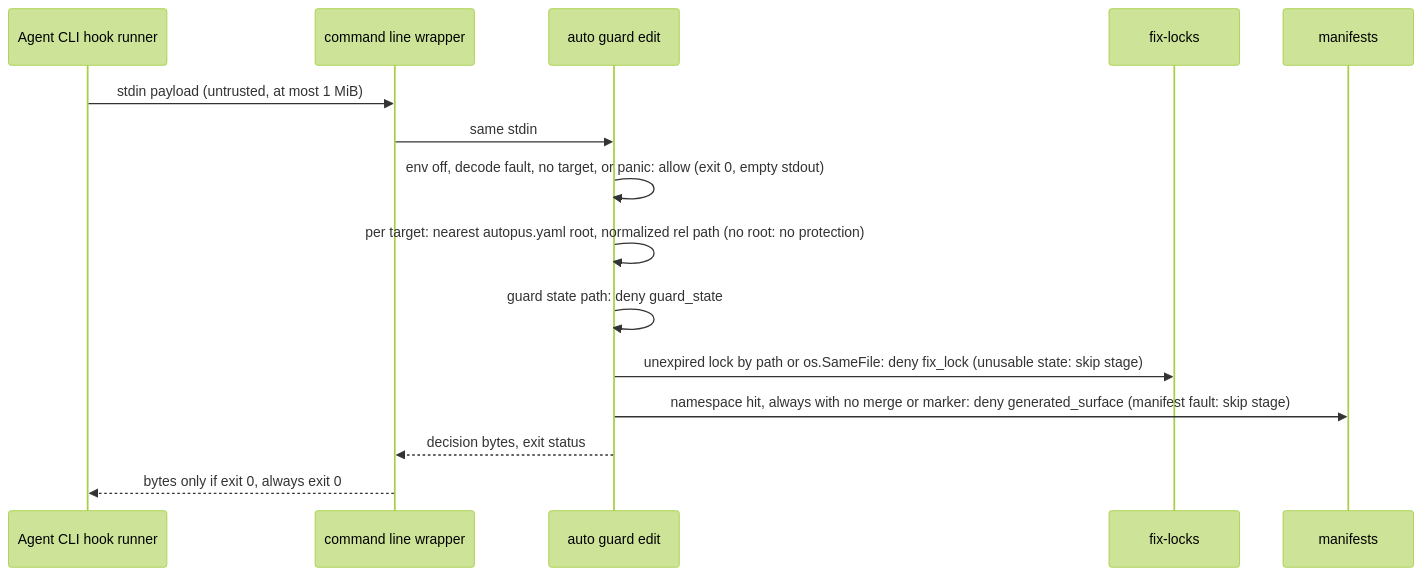
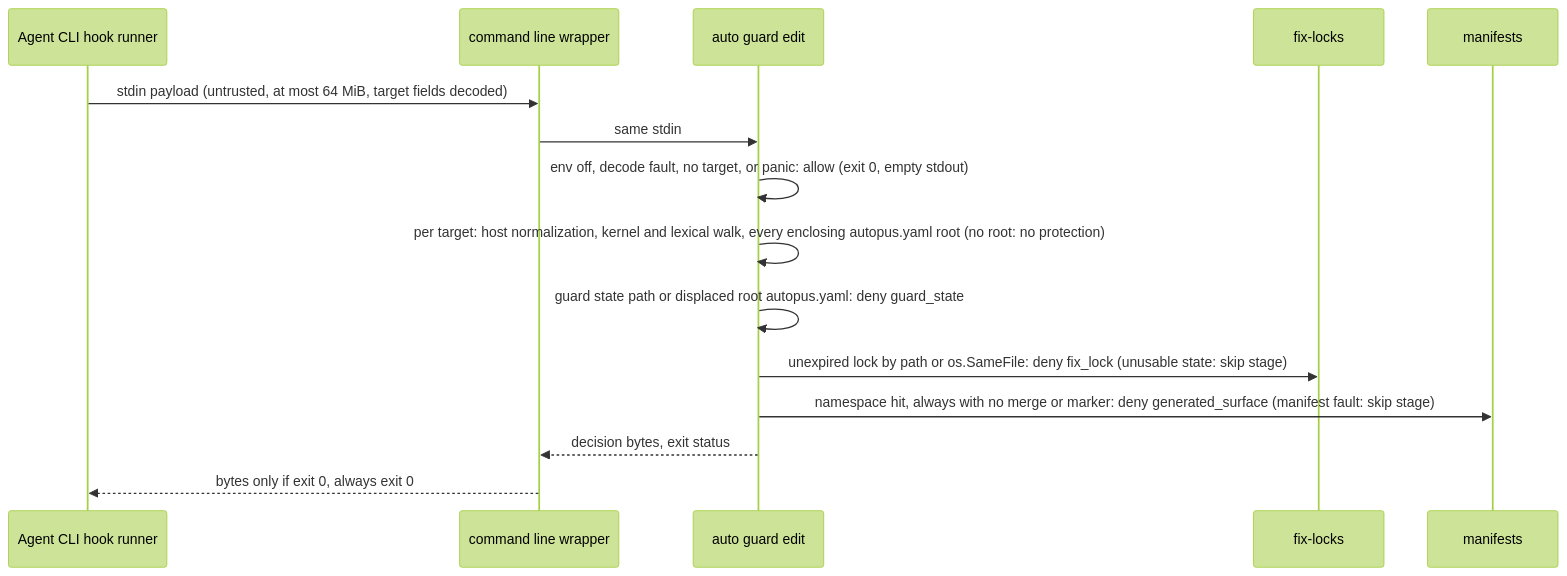
The first of 2 diagrams in .autopus/specs/SPEC-EDITGUARD-001/plan.md (autopus-ai/autopus-adk), drawn with Mermaid (forest theme) before and after one commit. The commit also changed 3 other files, not shown here.

````diff
--- a/.autopus/specs/SPEC-EDITGUARD-001/plan.md
+++ b/.autopus/specs/SPEC-EDITGUARD-001/plan.md
@@ -50,17 +50,17 @@
 ```mermaid
 sequenceDiagram
   participant A as Agent CLI hook runner
   participant W as command line wrapper
   participant G as auto guard edit
   participant L as fix-locks
   participant M as manifests
-  A->>W: stdin payload (untrusted, at most 1 MiB)
+  A->>W: stdin payload (untrusted, at most 64 MiB, target fields decoded)
   W->>G: same stdin
   G->>G: env off, decode fault, no target, or panic: allow (exit 0, empty stdout)
-  G->>G: per target: nearest autopus.yaml root, normalized rel path (no root: no protection)
-  G->>G: guard state path: deny guard_state
+  G->>G: per target: host normalization, kernel and lexical walk, every enclosing autopus.yaml root (no root: no protection)
+  G->>G: guard state path or displaced root autopus.yaml: deny guard_state
   G->>L: unexpired lock by path or os.SameFile: deny fix_lock (unusable state: skip stage)
   G->>M: namespace hit, always with no merge or marker: deny generated_surface (manifest fault: skip stage)
   G-->>W: decision bytes, exit status
   W-->>A: bytes only if exit 0, always exit 0
 ```
````
